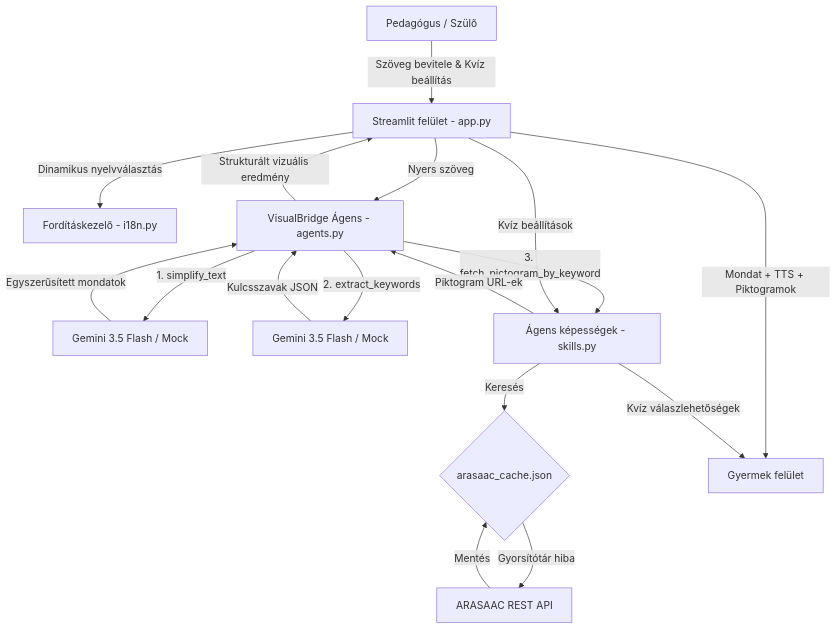
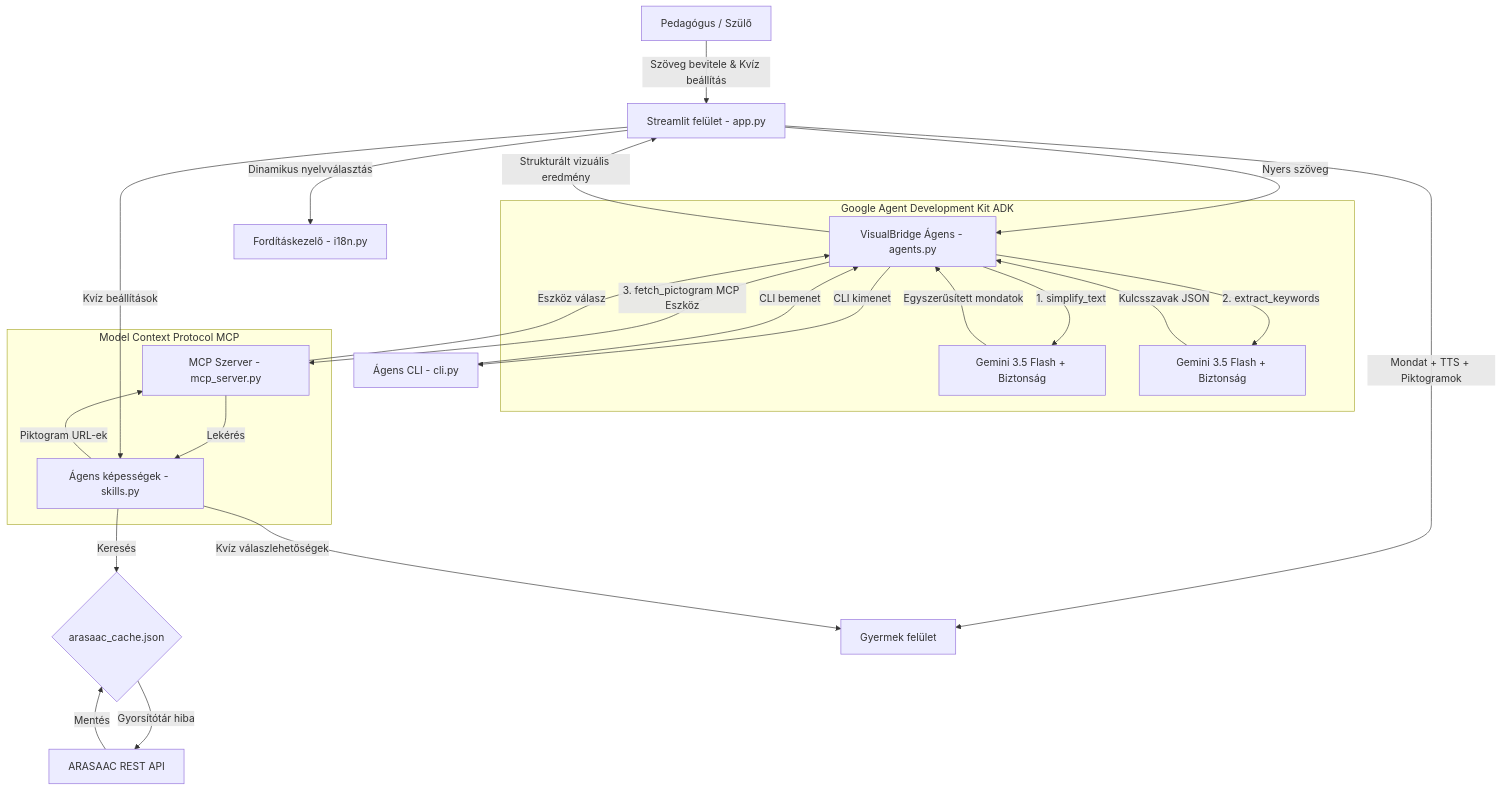
The diagram in README_hu.md (mrmny/VisualBridge), drawn with Mermaid before and after one commit. The commit also changed other lines of this file and 2 other files, not shown here.

````diff
--- a/README_hu.md
+++ b/README_hu.md
@@ -25,19 +24,30 @@
 ```mermaid
 graph TD
     User[Pedagógus / Szülő] -->|Szöveg bevitele & Kvíz beállítás| App[Streamlit felület - app.py]
+    CLI[Ágens CLI - cli.py] -->|CLI bemenet| Agent[VisualBridge Ágens - agents.py]
     App -->|Dinamikus nyelvválasztás| Trans[Fordításkezelő - i18n.py]
-    App -->|Nyers szöveg| Agent[VisualBridge Ágens - agents.py]
-    Agent -->|1. simplify_text| GeminiSimp[Gemini 3.5 Flash / Mock]
-    GeminiSimp -->|Egyszerűsített mondatok| Agent
-    Agent -->|2. extract_keywords| GeminiMap[Gemini 3.5 Flash / Mock]
-    GeminiMap -->|Kulcsszavak JSON| Agent
-    Agent -->|3. fetch_pictogram_by_keyword| Skills[Ágens képességek - skills.py]
+    App -->|Nyers szöveg| Agent
+
+    subgraph Google Agent Development Kit ADK
+        Agent -->|1. simplify_text| GeminiSimp[Gemini 3.5 Flash + Biztonság]
+        GeminiSimp -->|Egyszerűsített mondatok| Agent
+        Agent -->|2. extract_keywords| GeminiMap[Gemini 3.5 Flash + Biztonság]
+        GeminiMap -->|Kulcsszavak JSON| Agent
+    end
+
+    subgraph Model Context Protocol MCP
+        Agent -->|3. fetch_pictogram MCP Eszköz| MCPServer[MCP Szerver - mcp_server.py]
+        MCPServer -->|Lekérés| Skills[Ágens képességek - skills.py]
+    end
+
     Skills -->|Keresés| Cache{arasaac_cache.json}
     Cache -->|Gyorsítótár hiba| API[ARASAAC REST API]
     API -->|Mentés| Cache
-    Skills -->|Piktogram URL-ek| Agent
+    Skills -->|Piktogram URL-ek| MCPServer
+    MCPServer -->|Eszköz válasz| Agent
     Agent -->|Strukturált vizuális eredmény| App
+    Agent -->|CLI kimenet| CLI
     App -->|Mondat + TTS + Piktogramok| Child[Gyermek felület]
     App -->|Kvíz beállítások| Skills
     Skills -->|Kvíz válaszlehetőségek| Child
 ```
````
